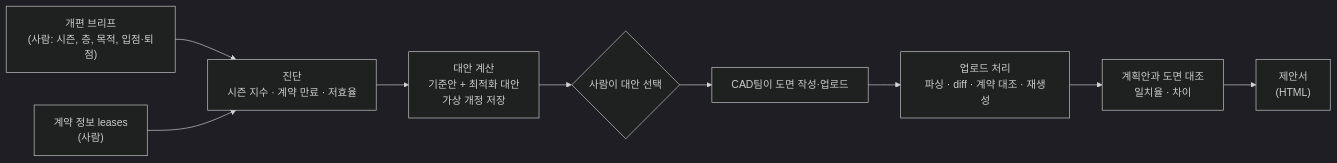
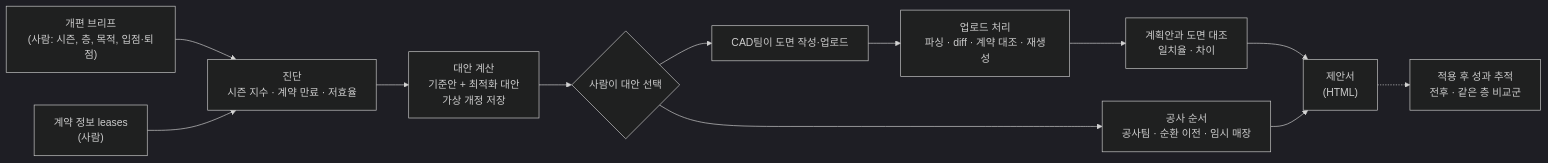
Before and after one commit to EON-LEE/hd-cad2anything: the second of 2 diagrams in docs/architecture.md, drawn with Mermaid (dark theme). The commit also changed other lines of this file and 79 other files, not shown here.

First line of the commit message:
Add the remaining scenarios: unit options, phasing, flows, popups, egress, store compare and relayout review

````diff
--- a/docs/architecture.md
+++ b/docs/architecture.md
@@ -93,11 +93,14 @@
 ```mermaid
 flowchart LR
     B["개편 브리프<br/>(사람: 시즌, 층, 목적, 입점·퇴점)"] --> D["진단<br/>시즌 지수 · 계약 만료 · 저효율"]
     L["계약 정보 leases<br/>(사람)"] --> D
     D --> P["대안 계산<br/>기준안 + 최적화 대안<br/>가상 개정 저장"]
     P --> S{"사람이 대안 선택"}
+    S --> Q["공사 순서<br/>공사팀 · 순환 이전 · 임시 매장"]
     S --> C["CAD팀이 도면 작성·업로드"]
     C --> U["업로드 처리<br/>파싱 · diff · 계약 대조 · 재생성"]
     U --> K["계획안과 도면 대조<br/>일치율 · 차이"]
     K --> R["제안서<br/>(HTML)"]
+    Q --> R
+    R -.-> V["적용 후 성과 추적<br/>전후 · 같은 층 비교군"]
 ```
````
